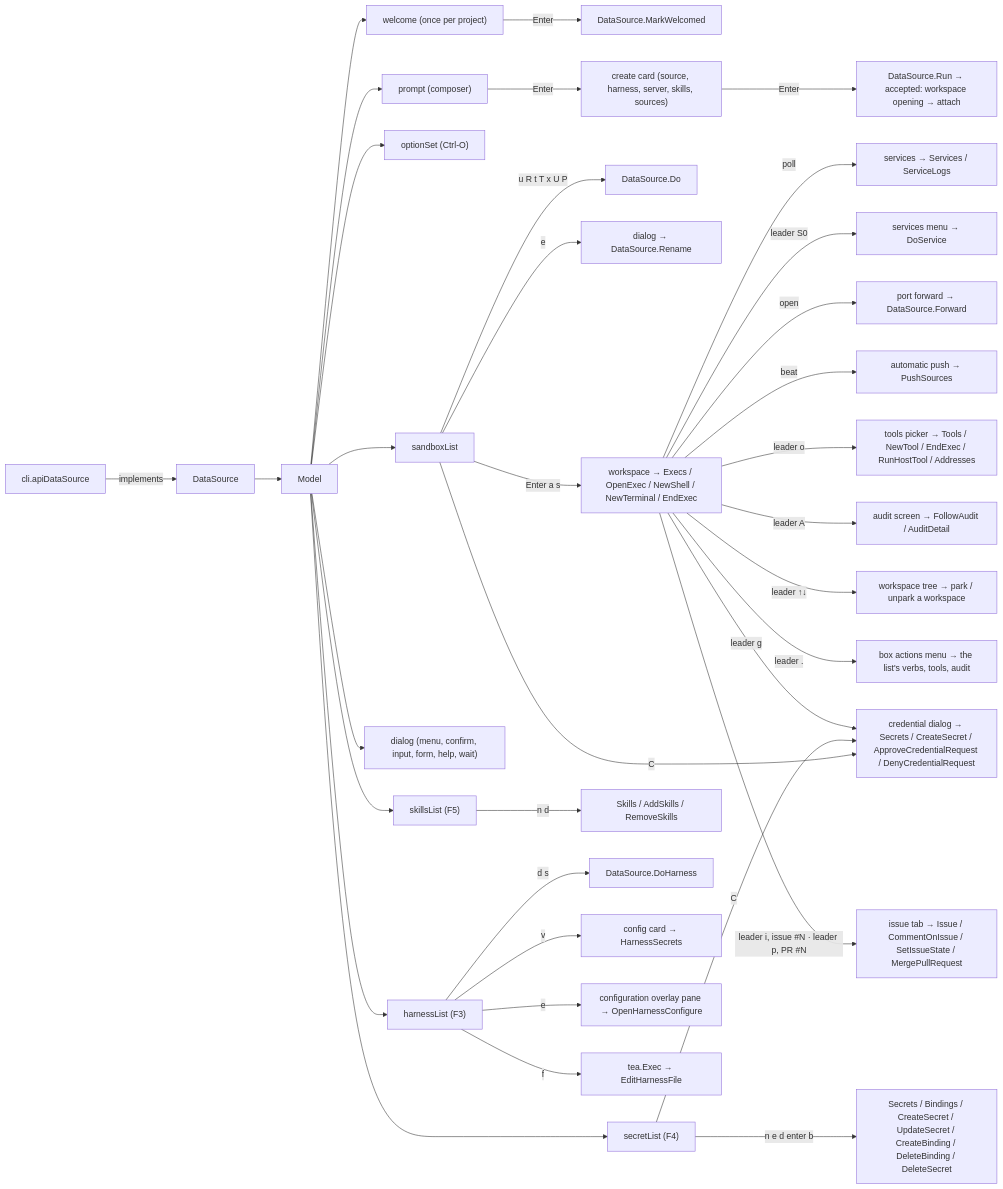
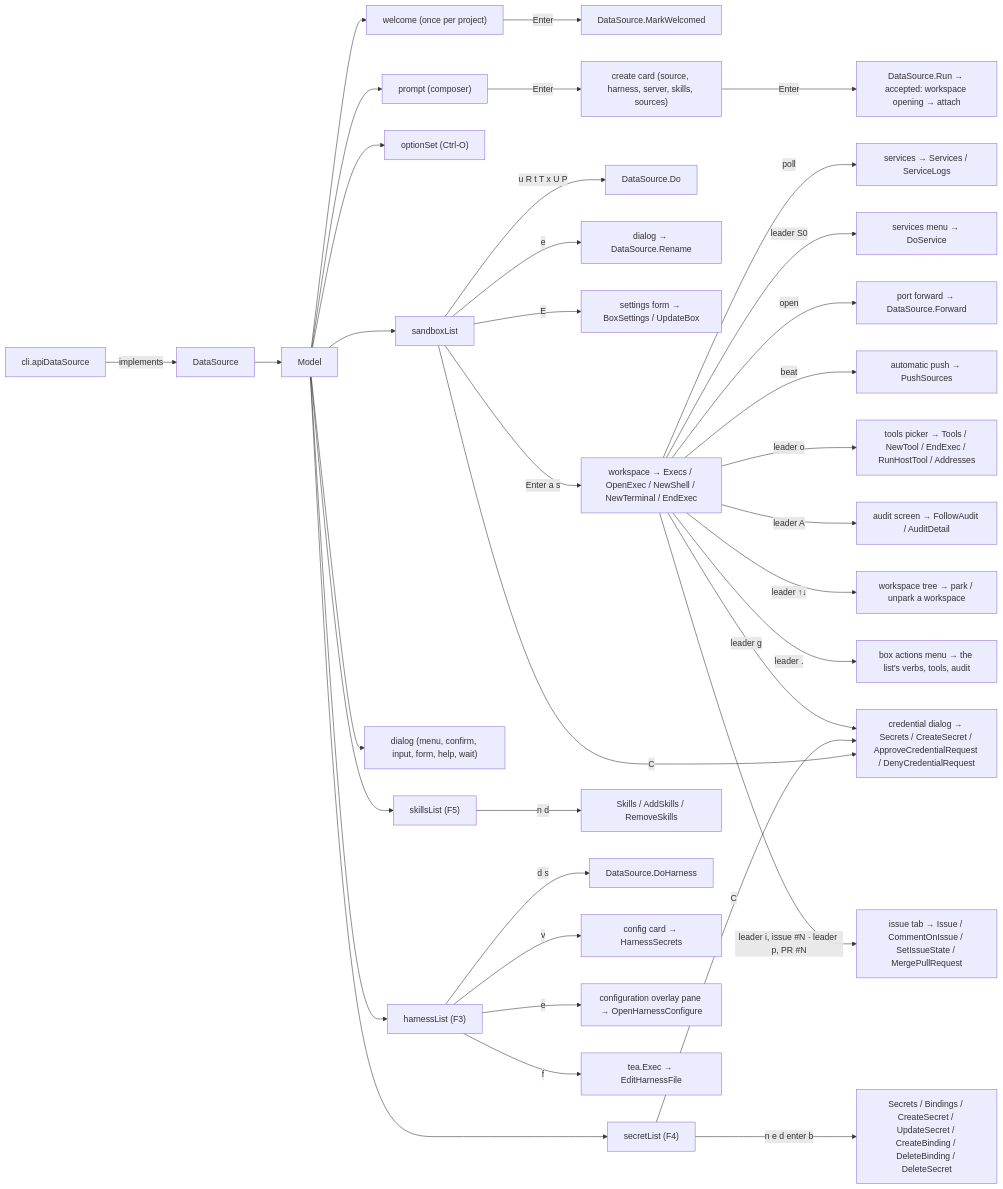
The first of 2 diagrams in cli/internal/tui/DESIGN.md (discobox-ai/discobox), drawn with Mermaid before and after one commit. The commit also changed other lines of this file and 10 other files, not shown here.

````diff
--- a/cli/internal/tui/DESIGN.md
+++ b/cli/internal/tui/DESIGN.md
@@ -14,37 +14,38 @@
 ```mermaid
 flowchart LR
     CLI["cli.apiDataSource"] -->|implements| DS["DataSource"]
     DS --> M["Model"]
     M --> P["prompt (composer)"]
     M --> L["sandboxList"]
     M --> O["optionSet (Ctrl-O)"]
     M --> A["harnessList (F3)"]
     M --> D["dialog (menu, confirm, input, form, help, wait)"]
     M --> W["welcome (once per project)"]
     W -->|Enter| MW["DataSource.MarkWelcomed"]
     P -->|Enter| Card["create card (source, harness, server, skills, sources)"]
     Card -->|Enter| Run["DataSource.Run → accepted: workspace opening → attach"]
     L -->|u R t T x U P| Verb["DataSource.Do"]
     L -->|e| Rename["dialog → DataSource.Rename"]
+    L -->|E| Settings["settings form → BoxSettings / UpdateBox"]
     L -->|Enter a s| WS["workspace → Execs / OpenExec / NewShell / NewTerminal / EndExec"]
     WS -->|poll| Svc["services → Services / ServiceLogs"]
     WS -->|leader S0| SvcMenu["services menu → DoService"]
     WS -->|open| Fwd["port forward → DataSource.Forward"]
     WS -->|beat| Push["automatic push → PushSources"]
     L -->|C| Cred["credential dialog → Secrets / CreateSecret / ApproveCredentialRequest / DenyCredentialRequest"]
     M --> S["secretList (F4)"]
     S -->|n e d enter b| SVerb["Secrets / Bindings / CreateSecret / UpdateSecret / CreateBinding / DeleteBinding / DeleteSecret"]
     S -->|C| Cred
     M --> K["skillsList (F5)"]
     K -->|n d| KVerb["Skills / AddSkills / RemoveSkills"]
     WS -->|leader g| Cred
     WS -->|leader o| T["tools picker → Tools / NewTool / EndExec / RunHostTool / Addresses"]
     WS -->|leader A| Aud["audit screen → FollowAudit / AuditDetail"]
     WS -->|leader ↑↓| Tree["workspace tree → park / unpark a workspace"]
     WS -->|leader .| Menu["box actions menu → the list's verbs, tools, audit"]
     WS -->|leader i, issue #N · leader p, PR #N| Iss["issue tab → Issue / CommentOnIssue / SetIssueState / MergePullRequest"]
     A -->|d s| AVerb["DataSource.DoHarness"]
     A -->|v| ACard["config card → HarnessSecrets"]
     A -->|e| ACfg["configuration overlay pane → OpenHarnessConfigure"]
     A -->|f| AExec["tea.Exec → EditHarnessFile"]
 ```
````
